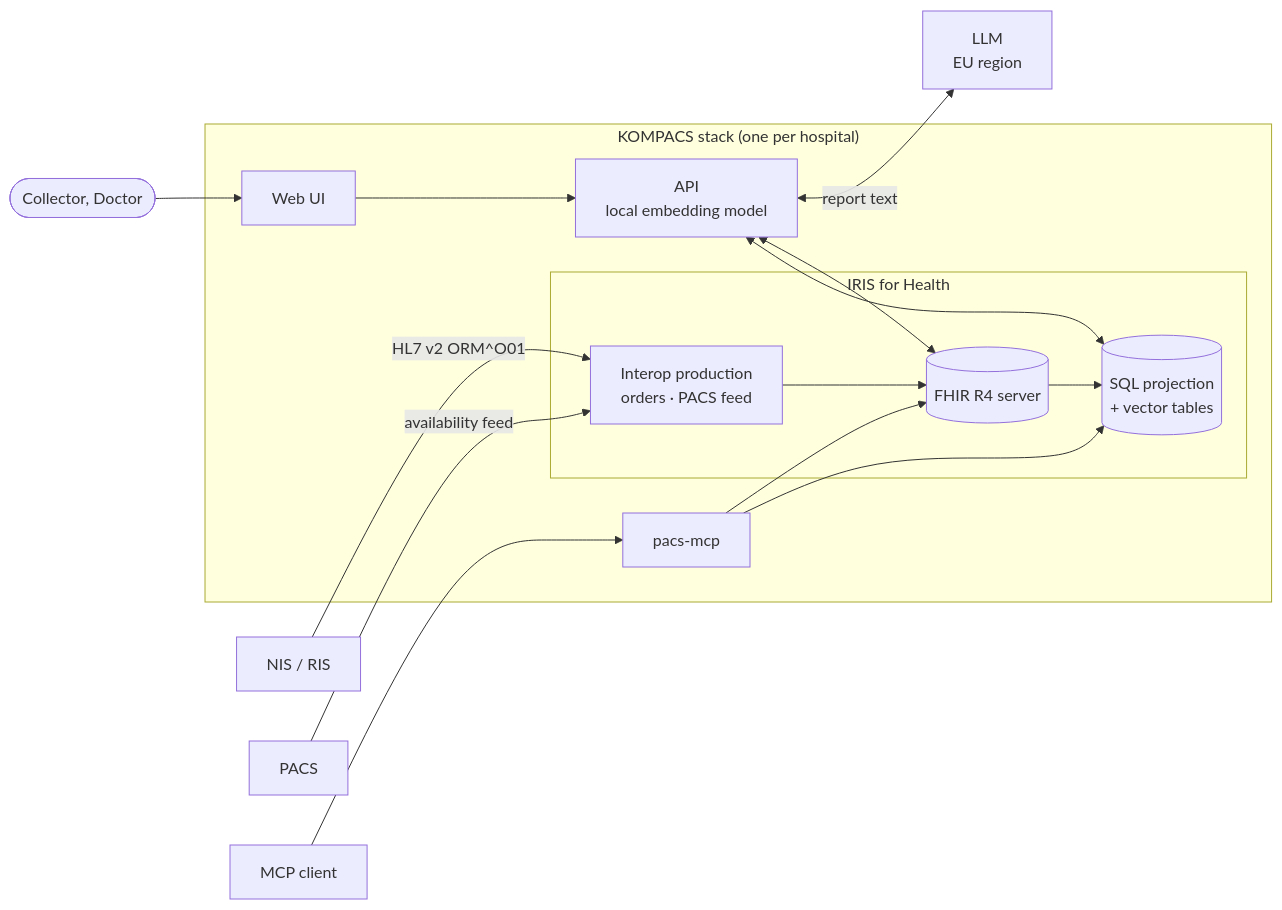
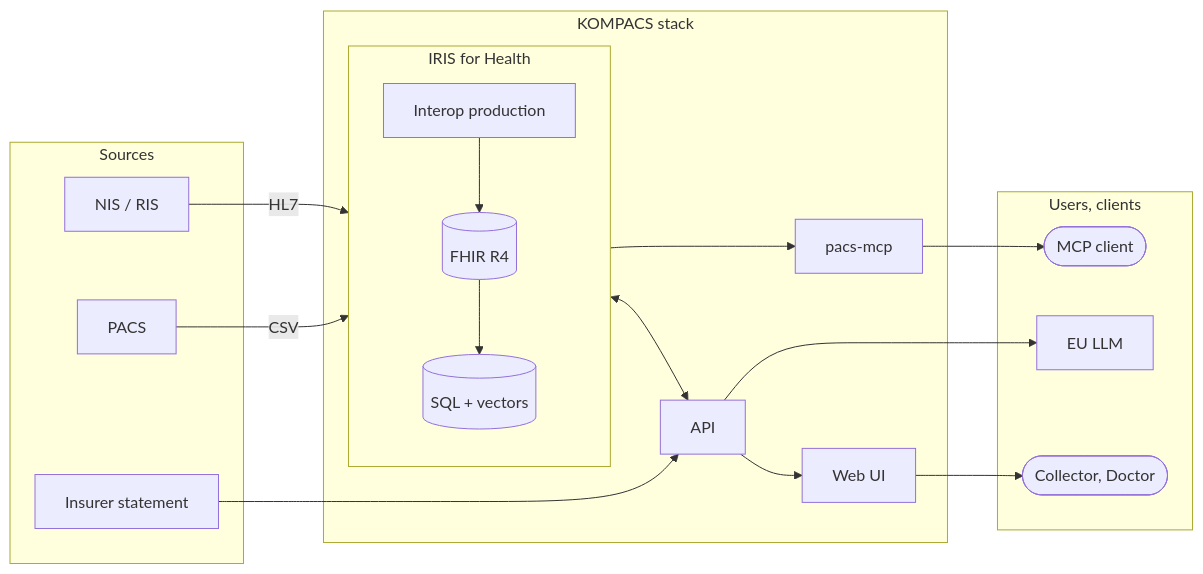
One commit to KomPACS/docs changed the diagram in src/content/docs/explanation/architecture.md. Above: the diagram before and after it, drawn with Mermaid. The commit also changed 3 other files, not shown here.

First line of the commit message:
docs: redraw architecture diagram and enlarge Mermaid text

````diff
--- a/src/content/docs/explanation/architecture.md
+++ b/src/content/docs/explanation/architecture.md
@@ -12,29 +12,31 @@
 ```mermaid
 flowchart LR
-  NIS["NIS / RIS"]
-  PACS["PACS"]
-  subgraph STACK["KOMPACS stack (one per hospital)"]
+  subgraph SRC["Sources"]
+    NIS["NIS / RIS"]
+    PACS["PACS"]
+    INS["Insurer statement"]
+  end
+  subgraph STACK["KOMPACS stack"]
     subgraph IRIS["IRIS for Health"]
-      PROD["Interop production<br/>orders · PACS feed"]
-      FHIR[("FHIR R4 server")]
-      SQL[("SQL projection<br/>+ vector tables")]
+      direction TB
+      PROD["Interop production"] --> FHIR[("FHIR R4")] --> SQL[("SQL + vectors")]
     end
-    API["API<br/>local embedding model"]
+    API["API"]
     WEB["Web UI"]
     MCP["pacs-mcp"]
   end
-  LLM["LLM<br/>EU region"]
-  USER(["Collector, Doctor"])
-  AGENT["MCP client"]
-
-  NIS -->|"HL7 v2 ORM^O01"| PROD
-  PACS -->|"availability feed"| PROD
-  PROD --> FHIR --> SQL
-  USER --> WEB --> API
-  API <--> FHIR
-  API <--> SQL
-  API <-->|"report text"| LLM
-  AGENT --> MCP
-  MCP --> FHIR
-  MCP --> SQL
+  subgraph OUT["Users, clients"]
+    USER(["Collector, Doctor"])
+    AGENT(["MCP client"])
+    LLM["EU LLM"]
+  end
+  NIS -->|HL7| IRIS
+  PACS -->|CSV| IRIS
+  INS --> API
+  IRIS <--> API
+  IRIS --> MCP
+  API --> WEB
+  WEB --> USER
+  MCP --> AGENT
+  API --> LLM
 ```
````
